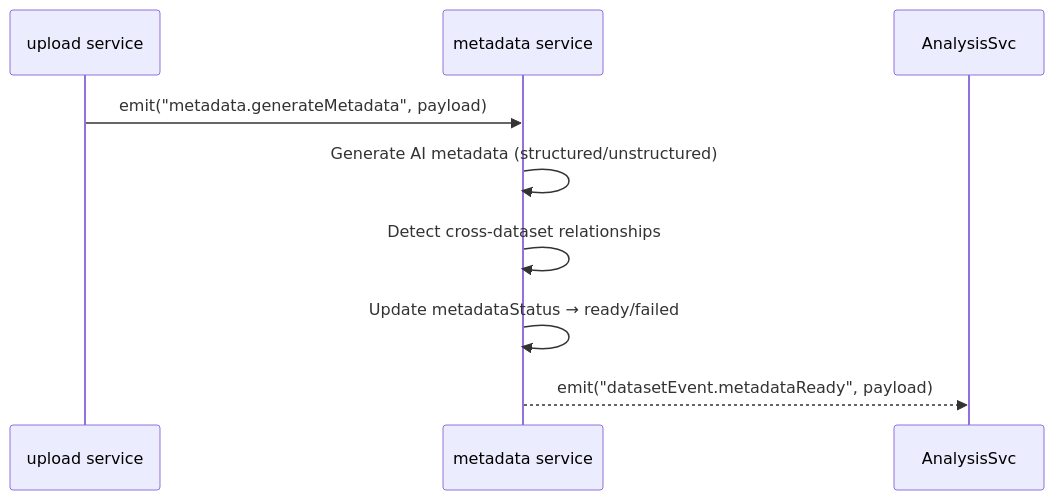
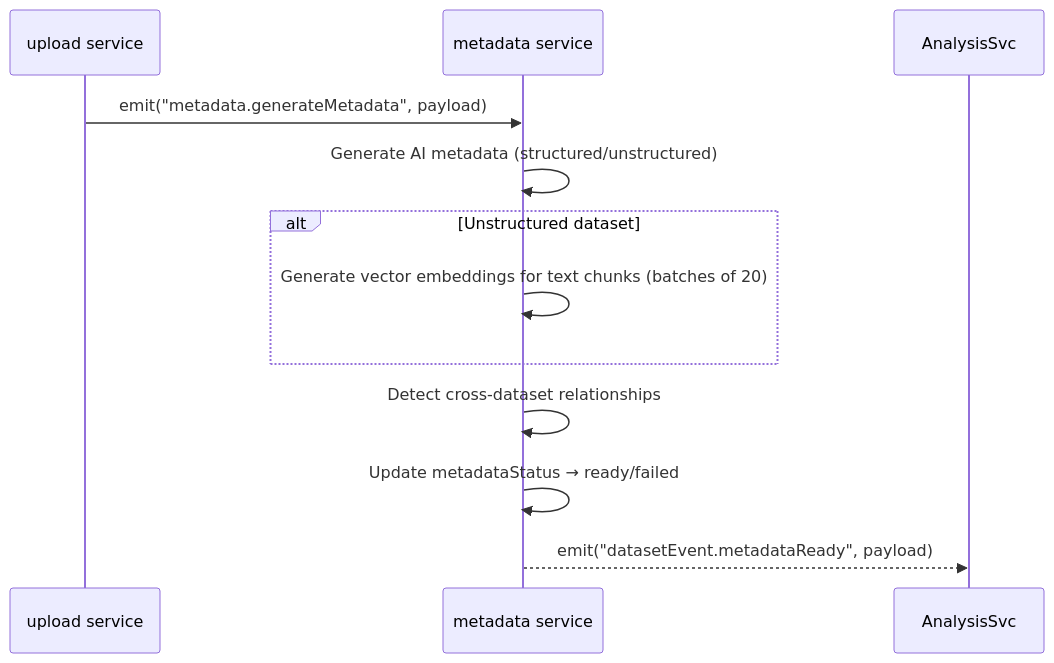
The first of 2 diagrams in docs/domain-knowledge/dataset-events.md (hinora/data-analysis), drawn with Mermaid before and after one commit. The commit also changed other lines of this file and 3 other files, not shown here.

Commit message:
feat: enhance metadata generation with unstructured embeddings and update text chunking logic

````diff
--- a/docs/domain-knowledge/dataset-events.md
+++ b/docs/domain-knowledge/dataset-events.md
@@ -11,11 +11,14 @@
 ```mermaid
 sequenceDiagram
     participant Upload as upload service
     participant Metadata as metadata service
 
     Upload->>Metadata: emit("metadata.generateMetadata", payload)
     Metadata->>Metadata: Generate AI metadata (structured/unstructured)
+    alt Unstructured dataset
+        Metadata->>Metadata: Generate vector embeddings for text chunks (batches of 20)
+    end
     Metadata->>Metadata: Detect cross-dataset relationships
     Metadata->>Metadata: Update metadataStatus → ready/failed
     Metadata-->>AnalysisSvc: emit("datasetEvent.metadataReady", payload)
 ```
````
